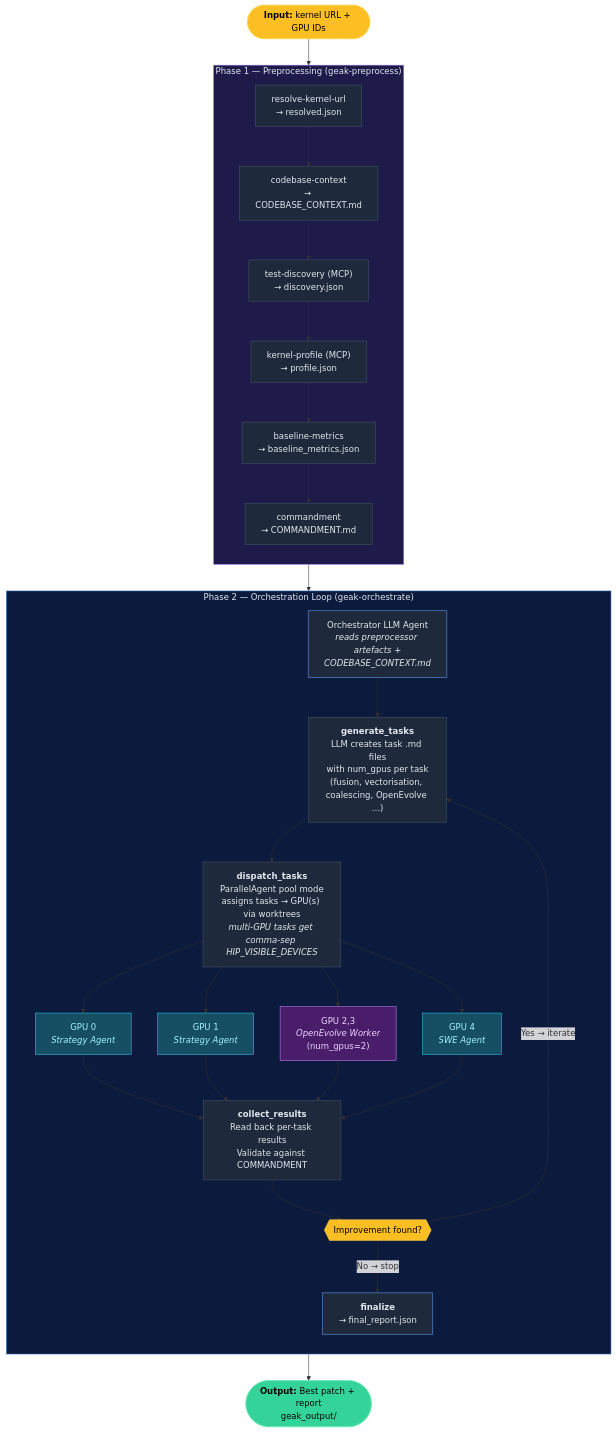
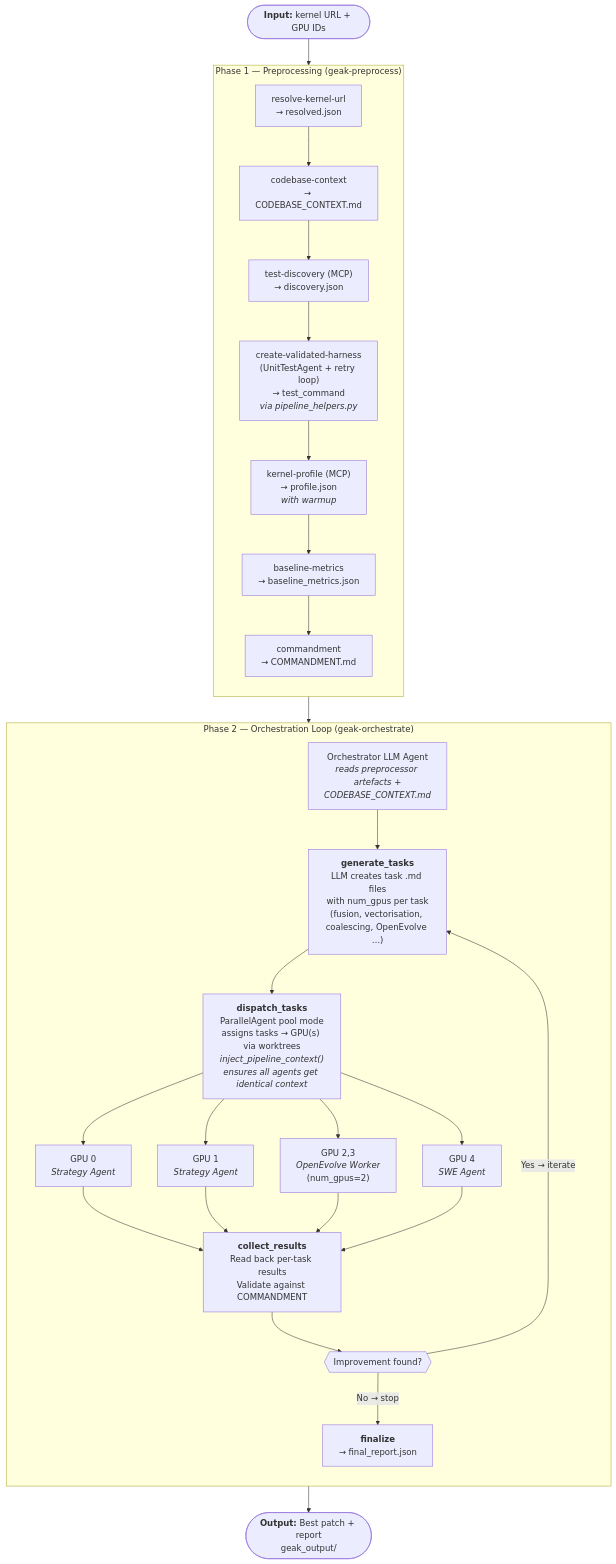
Before and after one commit to AMD-AGI/GEAK: the diagram in docs/flow.md, drawn with Mermaid. The commit also changed 38 other files, not shown here.

First line of the commit message:
Unify pipeline helpers, flow per-kernel metrics, and clean up legacy code

````diff
--- a/docs/flow.md
+++ b/docs/flow.md
@@ -3,61 +3,41 @@
 ```mermaid
 flowchart TB
     START(["<b>Input:</b> kernel URL + GPU IDs"]) --> P1
 
     subgraph PREPROCESS ["Phase 1 — Preprocessing (geak-preprocess)"]
         direction TB
         P1["resolve-kernel-url\n→ resolved.json"]
         P1b["codebase-context\n→ CODEBASE_CONTEXT.md"]
         P2["test-discovery (MCP)\n→ discovery.json"]
-        P3["kernel-profile (MCP)\n→ profile.json"]
+        P2b["create-validated-harness\n(UnitTestAgent + retry loop)\n→ test_command\n<i>via pipeline_helpers.py</i>"]
+        P3["kernel-profile (MCP)\n→ profile.json\n<i>with warmup</i>"]
         P4["baseline-metrics\n→ baseline_metrics.json"]
         P5["commandment\n→ COMMANDMENT.md"]
-        P1 --> P1b --> P2 --> P3 --> P4 --> P5
+        P1 --> P1b --> P2 --> P2b --> P3 --> P4 --> P5
     end
 
     P5 --> ORCH_START
 
     subgraph ORCH ["Phase 2 — Orchestration Loop (geak-orchestrate)"]
         direction TB
         ORCH_START["Orchestrator LLM Agent\n<i>reads preprocessor artefacts +\nCODEBASE_CONTEXT.md</i>"]
         GEN["<b>generate_tasks</b>\nLLM creates task .md files\nwith num_gpus per task\n(fusion, vectorisation, coalescing, OpenEvolve …)"]
-        DISPATCH["<b>dispatch_tasks</b>\nParallelAgent pool mode\nassigns tasks → GPU(s) via worktrees\n<i>multi-GPU tasks get comma-sep HIP_VISIBLE_DEVICES</i>"]
+        DISPATCH["<b>dispatch_tasks</b>\nParallelAgent pool mode\nassigns tasks → GPU(s) via worktrees\n<i>inject_pipeline_context()\nensures all agents get identical context</i>"]
         ORCH_START --> GEN --> DISPATCH
 
         DISPATCH --> GPU0["GPU 0\n<i>Strategy Agent</i>"]
         DISPATCH --> GPU1["GPU 1\n<i>Strategy Agent</i>"]
         DISPATCH --> GPU23["GPU 2,3\n<i>OpenEvolve Worker</i>\n(num_gpus=2)"]
         DISPATCH --> GPU4["GPU 4\n<i>SWE Agent</i>"]
 
         COLLECT["<b>collect_results</b>\nRead back per-task results\nValidate against COMMANDMENT"]
         GPU0 & GPU1 & GPU23 & GPU4 --> COLLECT
 
         DECIDE{{"Improvement found?"}}
         COLLECT --> DECIDE
         DECIDE -->|"Yes → iterate"| GEN
         DECIDE -->|"No → stop"| FINAL["<b>finalize</b>\n→ final_report.json"]
     end
 
     FINAL --> RESULT(["<b>Output:</b> Best patch + report\ngeak_output/"])
-
-    style START fill:#fbbf24,color:#000,stroke:#fcd34d
-    style RESULT fill:#34d399,color:#000,stroke:#6ee7b7
-    style PREPROCESS fill:#1e1b4b,stroke:#a78bfa,color:#e2e8f0
-    style ORCH fill:#0c1a3d,stroke:#60a5fa,color:#e2e8f0
-    style DECIDE fill:#fbbf24,color:#000,stroke:#fcd34d
-    style P1 fill:#1e293b,color:#e2e8f0,stroke:#475569
-    style P1b fill:#1e293b,color:#e2e8f0,stroke:#475569
-    style P2 fill:#1e293b,color:#e2e8f0,stroke:#475569
-    style P3 fill:#1e293b,color:#e2e8f0,stroke:#475569
-    style P4 fill:#1e293b,color:#e2e8f0,stroke:#475569
-    style P5 fill:#1e293b,color:#e2e8f0,stroke:#475569
-    style ORCH_START fill:#1e293b,color:#e2e8f0,stroke:#60a5fa
-    style GEN fill:#1e293b,color:#e2e8f0,stroke:#475569
-    style DISPATCH fill:#1e293b,color:#e2e8f0,stroke:#475569
-    style GPU0 fill:#164e63,color:#a5f3fc,stroke:#22d3ee
-    style GPU1 fill:#164e63,color:#a5f3fc,stroke:#22d3ee
-    style GPU23 fill:#4a1d6a,color:#e9d5ff,stroke:#c084fc
-    style GPU4 fill:#164e63,color:#a5f3fc,stroke:#22d3ee
-    style COLLECT fill:#1e293b,color:#e2e8f0,stroke:#475569
-    style FINAL fill:#1e293b,color:#e2e8f0,stroke:#60a5fa
 ```
````
